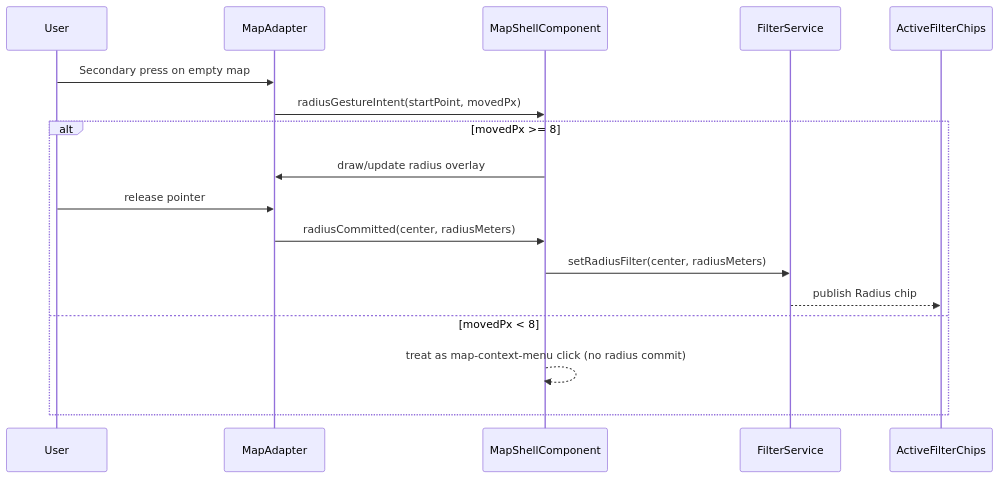
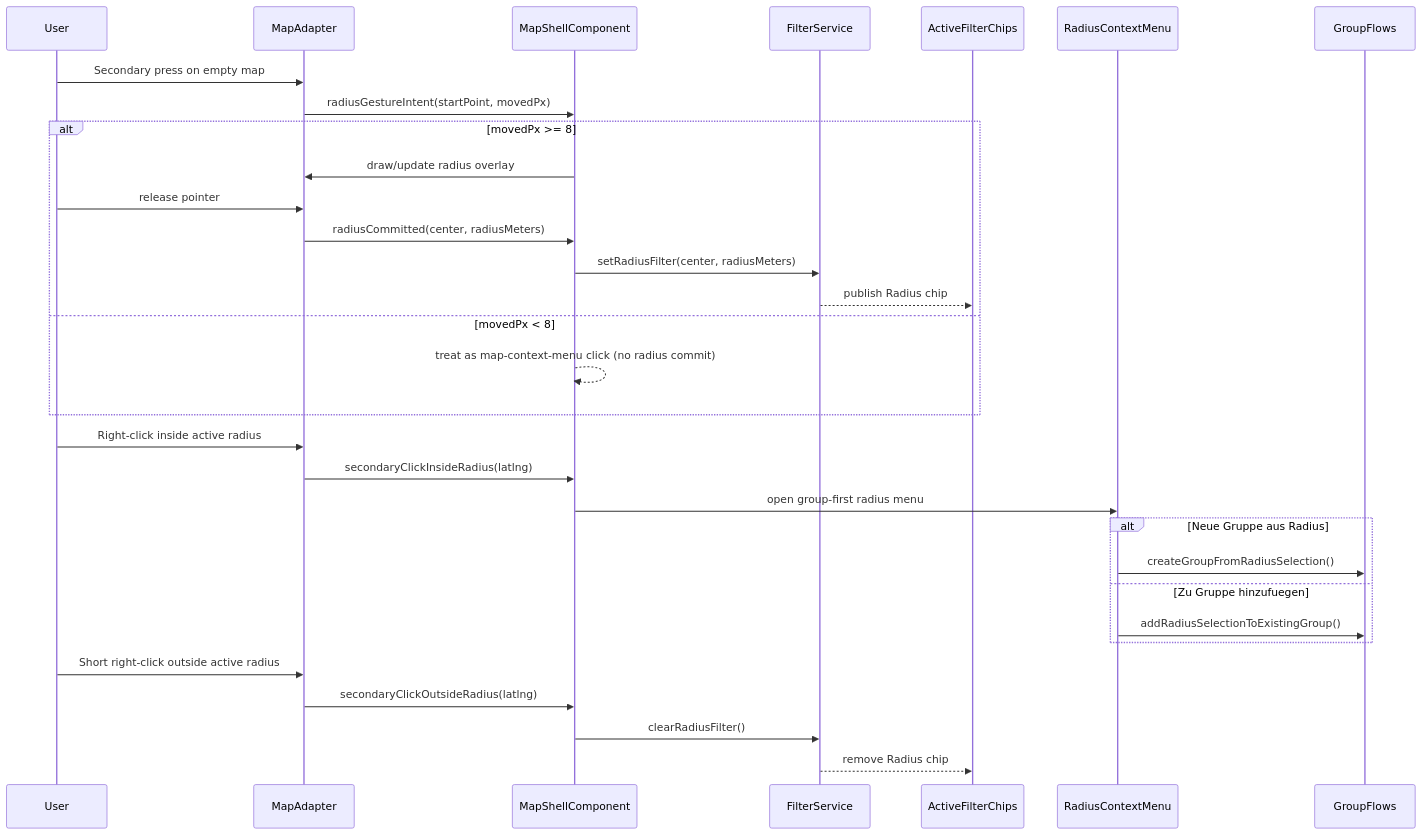
One commit to matkleve/feldpost changed the diagram in docs/element-specs/radius-selection.md. Above: the diagram before and after it, drawn with Mermaid. The commit also changed other lines of this file and 27 other files, not shown here.

````diff
--- a/docs/element-specs/radius-selection.md
+++ b/docs/element-specs/radius-selection.md
@@ -61,20 +72,36 @@
 ```mermaid
 sequenceDiagram
   participant U as User
   participant MA as MapAdapter
   participant MS as MapShellComponent
   participant FS as FilterService
   participant AFC as ActiveFilterChips
+  participant RCM as RadiusContextMenu
+  participant G as GroupFlows
 
   U->>MA: Secondary press on empty map
   MA->>MS: radiusGestureIntent(startPoint, movedPx)
   alt movedPx >= 8
     MS->>MA: draw/update radius overlay
     U->>MA: release pointer
     MA->>MS: radiusCommitted(center, radiusMeters)
     MS->>FS: setRadiusFilter(center, radiusMeters)
     FS-->>AFC: publish Radius chip
   else movedPx < 8
     MS-->>MS: treat as map-context-menu click (no radius commit)
   end
+
+  U->>MA: Right-click inside active radius
+  MA->>MS: secondaryClickInsideRadius(latlng)
+  MS->>RCM: open group-first radius menu
+  alt Neue Gruppe aus Radius
+    RCM->>G: createGroupFromRadiusSelection()
+  else Zu Gruppe hinzufuegen
+    RCM->>G: addRadiusSelectionToExistingGroup()
+  end
+
+  U->>MA: Short right-click outside active radius
+  MA->>MS: secondaryClickOutsideRadius(latlng)
+  MS->>FS: clearRadiusFilter()
+  FS-->>AFC: remove Radius chip
 ```
````
